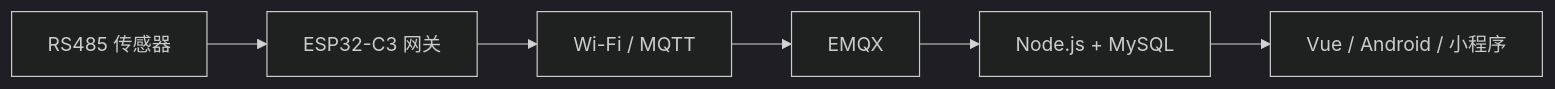
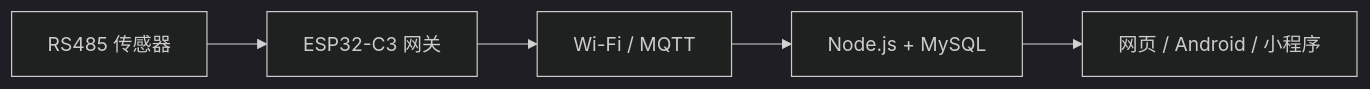
One commit to wilderjett250-art/008-smart-agriculture-iot changed the diagram in README.md. Above: the diagram before and after it, drawn with Mermaid (dark theme). The commit also changed other lines of this file and 1 other file, not shown here.

````diff
--- a/README.md
+++ b/README.md
@@ -9,8 +15,7 @@
-```mermaid
+~~~mermaid
 flowchart LR
  A[RS485 传感器] --> B[ESP32-C3 网关]
  B --> C[Wi-Fi / MQTT]
- C --> D[EMQX]
- D --> E[Node.js + MySQL]
- E --> F[Vue / Android / 小程序]
-```
+ C --> D[Node.js + MySQL]
+ D --> E[网页 / Android / 小程序]
+~~~
````
